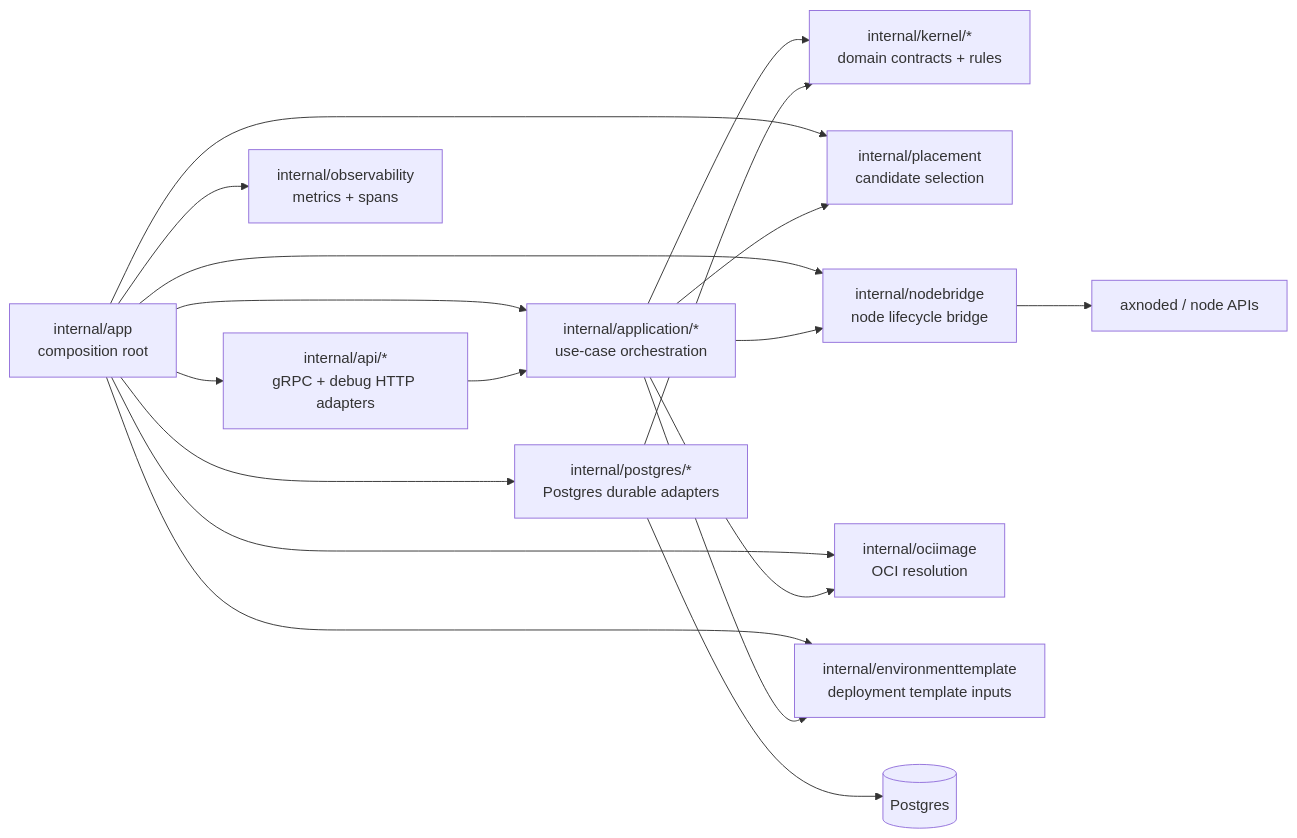
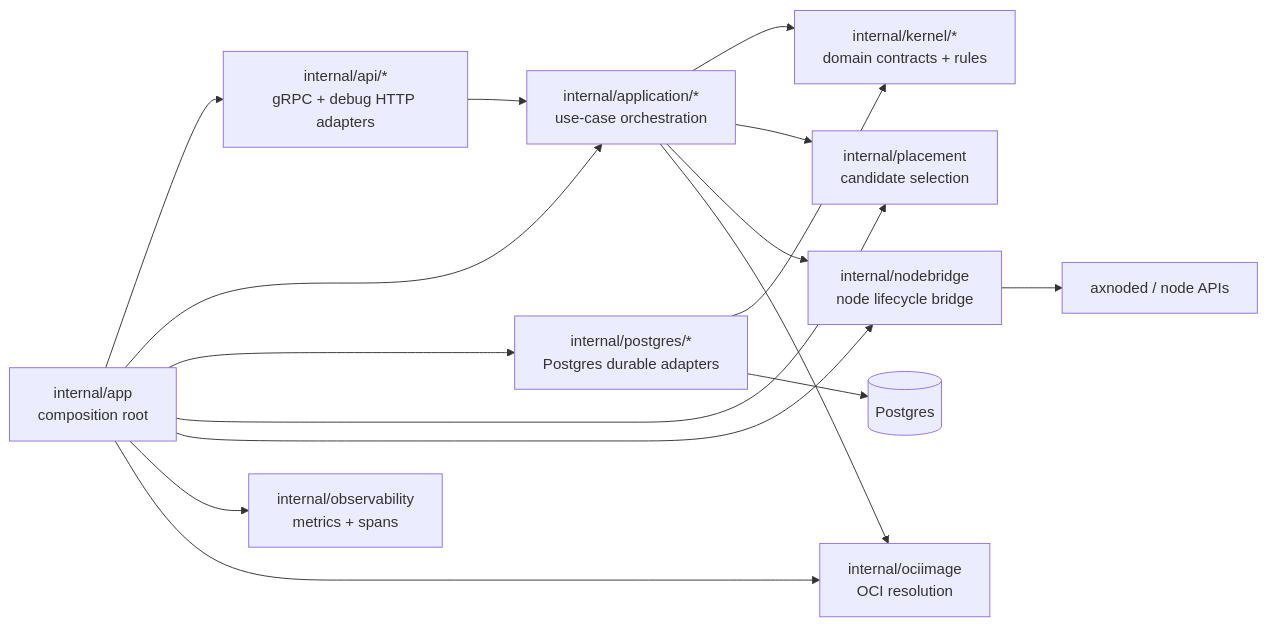
One commit to cofy-x/axern changed the diagram in control/controld/README.md. Above: the diagram before and after it, drawn with Mermaid. The commit also changed other lines of this file and 215 other files, not shown here.

````diff
--- a/control/controld/README.md
+++ b/control/controld/README.md
@@ -149,35 +149,32 @@
 ```mermaid
 flowchart LR
   app["internal/app\ncomposition root"]
   api["internal/api/*\ngRPC + debug HTTP adapters"]
   application["internal/application/*\nuse-case orchestration"]
   kernel["internal/kernel/*\ndomain contracts + rules"]
   postgres["internal/postgres/*\nPostgres durable adapters"]
   placement["internal/placement\ncandidate selection"]
   nodebridge["internal/nodebridge\nnode lifecycle bridge"]
   observability["internal/observability\nmetrics + spans"]
   ociimage["internal/ociimage\nOCI resolution"]
-  templates["internal/environmenttemplate\ndeployment template inputs"]
   node["axnoded / node APIs"]
   db[("Postgres")]
 
   app --> api
   app --> application
   app --> postgres
   app --> placement
   app --> nodebridge
   app --> observability
   app --> ociimage
-  app --> templates
 
   api --> application
   application --> kernel
   application --> placement
   application --> nodebridge
   application --> ociimage
-  application --> templates
 
   postgres --> kernel
   postgres --> db
   nodebridge --> node
 ```
````
